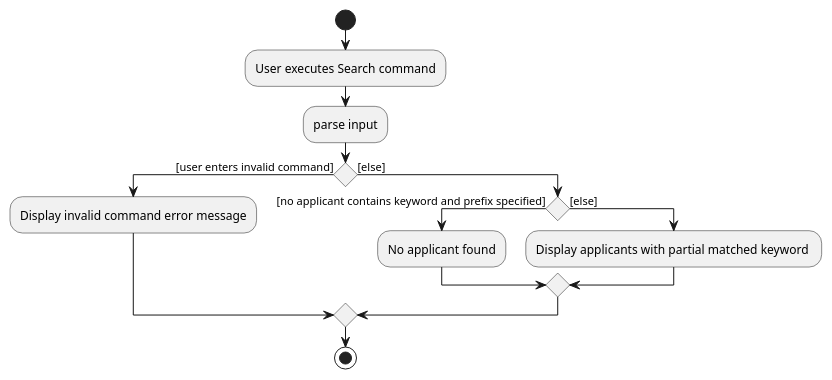
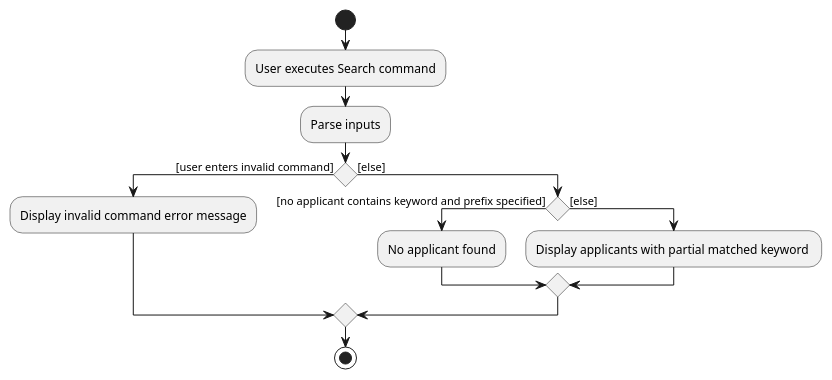
Before and after one commit to zzhikai/tp: the diagram in docs/diagrams/SearchCommandActivityDiagram.puml, drawn with PlantUML. The commit also changed 1 other file, not shown here.

Commit message:
- Minor updates to Ryan C's diagrams

```diff
--- a/docs/diagrams/SearchCommandActivityDiagram.puml
+++ b/docs/diagrams/SearchCommandActivityDiagram.puml
@@ -1,20 +1,20 @@
 @startuml
 start
 :User executes Search command;
 
 'Since the beta syntax does not support placing the condition outside the
 'diamond we place it as the true branch instead.
-:parse input;
+:Parse inputs;
 
 if () then ([user enters invalid command])
     :Display invalid command error message;
 else ([else])
     if () then ([no applicant contains keyword and prefix specified])
     :No applicant found;
     else ([else])
     :Display applicants with partial matched keyword ;
 endif
 endif
 
 stop
 @enduml
```
